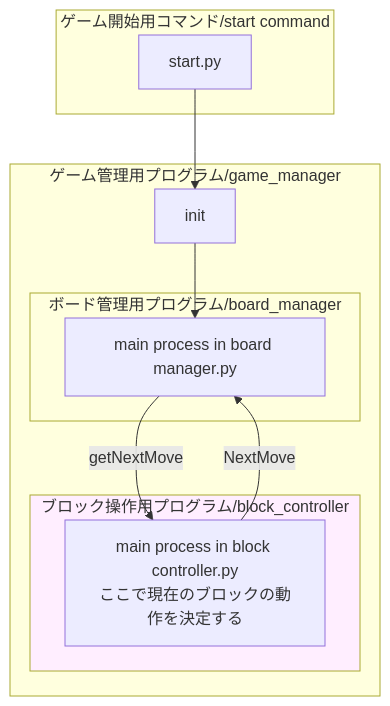
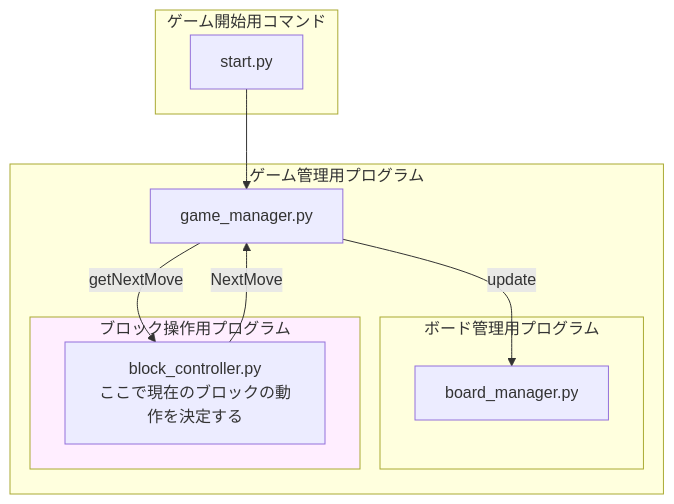
Before and after one commit to seigot/tools: the diagram in tetris/README.md, drawn with Mermaid.

````diff
--- a/tetris/README.md
+++ b/tetris/README.md
@@ -5,23 +5,24 @@
 ```mermaid
   graph TB
 
-  subgraph ゲーム管理用プログラム/game_manager
-    B1["init"]-->C1
-    C1["main process in board manager.py"]
-    D1["main process in block controller.py<br>ここで現在のブロックの動作を決定する"]
-    C1 --getNextMove--> D1
-    D1 --NextMove--> C1
-    subgraph ボード管理用プログラム/board_manager
+  subgraph ゲーム管理用プログラム
+    B1["game_manager.py"]
+    C1["board_manager.py"]
+    D1["block_controller.py<br>ここで現在のブロックの動作を決定する"]
+    B1 --update--> C1
+    B1 --getNextMove--> D1
+    D1 --NextMove--> B1
+    subgraph ボード管理用プログラム
         C1
     end
-    subgraph ブロック操作用プログラム/block_controller
+    subgraph ブロック操作用プログラム
         D1
     end
   end
 
 
-  subgraph ゲーム開始用コマンド/start command
+  subgraph ゲーム開始用コマンド
      A1[start.py] --> B1
   end
-style ブロック操作用プログラム/block_controller fill:#fef
+style ブロック操作用プログラム fill:#fef
 ```
````
